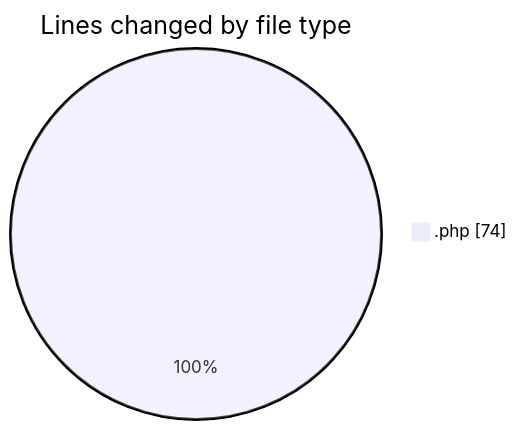
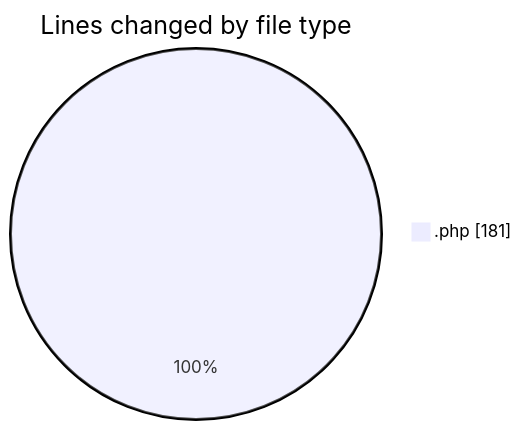
One commit to LanceThiago/code-tracking changed the first of 2 diagrams in 2026-08-31/web/README.md. Above: the diagram before and after it, drawn with Mermaid. The commit also changed other lines of this file and 1 other file, not shown here.

````diff
--- a/2026-08-31/web/README.md
+++ b/2026-08-31/web/README.md
@@ -21,5 +22,5 @@
 ```mermaid
 pie showData
 title Lines changed by file type
-".php" : 74
+".php" : 181
 ```
````
